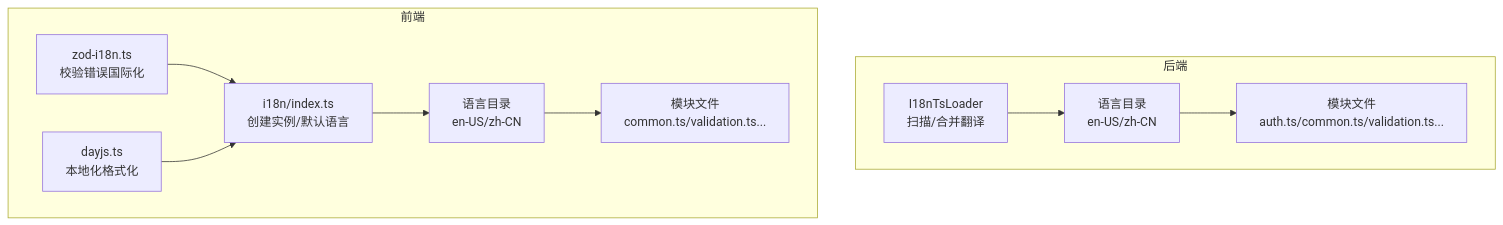
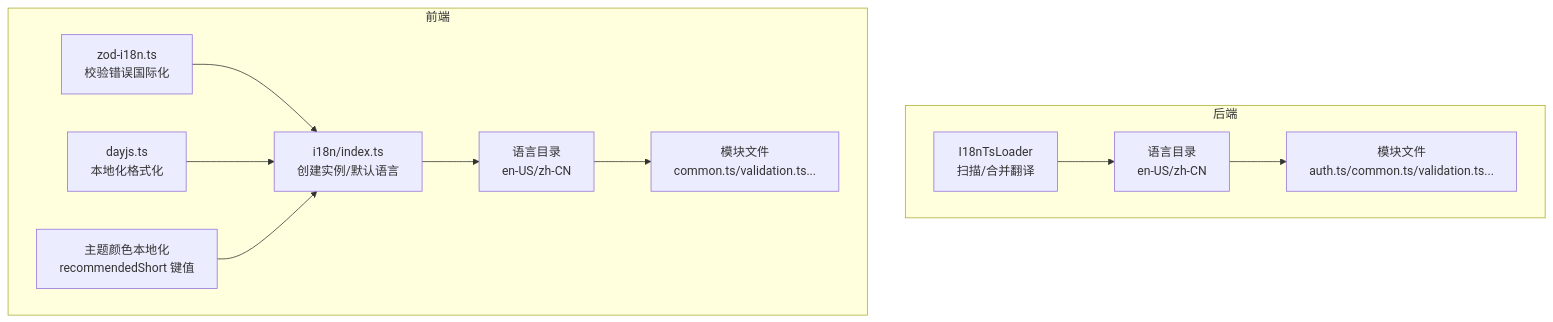
Before and after one commit to xixixiaoyu/Todo: the first of 7 diagrams in .qoder/repowiki/zh/content/前端开发/国际化.md, drawn with Mermaid. The commit also changed other lines of this file and 2 other files, not shown here.

````diff
--- a/.qoder/repowiki/zh/content/前端开发/国际化.md
+++ b/.qoder/repowiki/zh/content/前端开发/国际化.md
@@ -45,21 +57,23 @@
 ```mermaid
 graph TB
 subgraph "后端"
 BE_Loader["I18nTsLoader<br/>扫描/合并翻译"]
 BE_LangDirs["语言目录<br/>en-US/zh-CN"]
 BE_ModFiles["模块文件<br/>auth.ts/common.ts/validation.ts..."]
 end
 subgraph "前端"
 FE_Index["i18n/index.ts<br/>创建实例/默认语言"]
 FE_LangDirs["语言目录<br/>en-US/zh-CN"]
 FE_ModFiles["模块文件<br/>common.ts/validation.ts..."]
 FE_Zod["zod-i18n.ts<br/>校验错误国际化"]
 FE_Dayjs["dayjs.ts<br/>本地化格式化"]
+FE_Theme["主题颜色本地化<br/>recommendedShort 键值"]
 end
 BE_Loader --> BE_LangDirs
 BE_LangDirs --> BE_ModFiles
 FE_Index --> FE_LangDirs
 FE_LangDirs --> FE_ModFiles
 FE_Zod --> FE_Index
 FE_Dayjs --> FE_Index
+FE_Theme --> FE_Index
 ```
````
